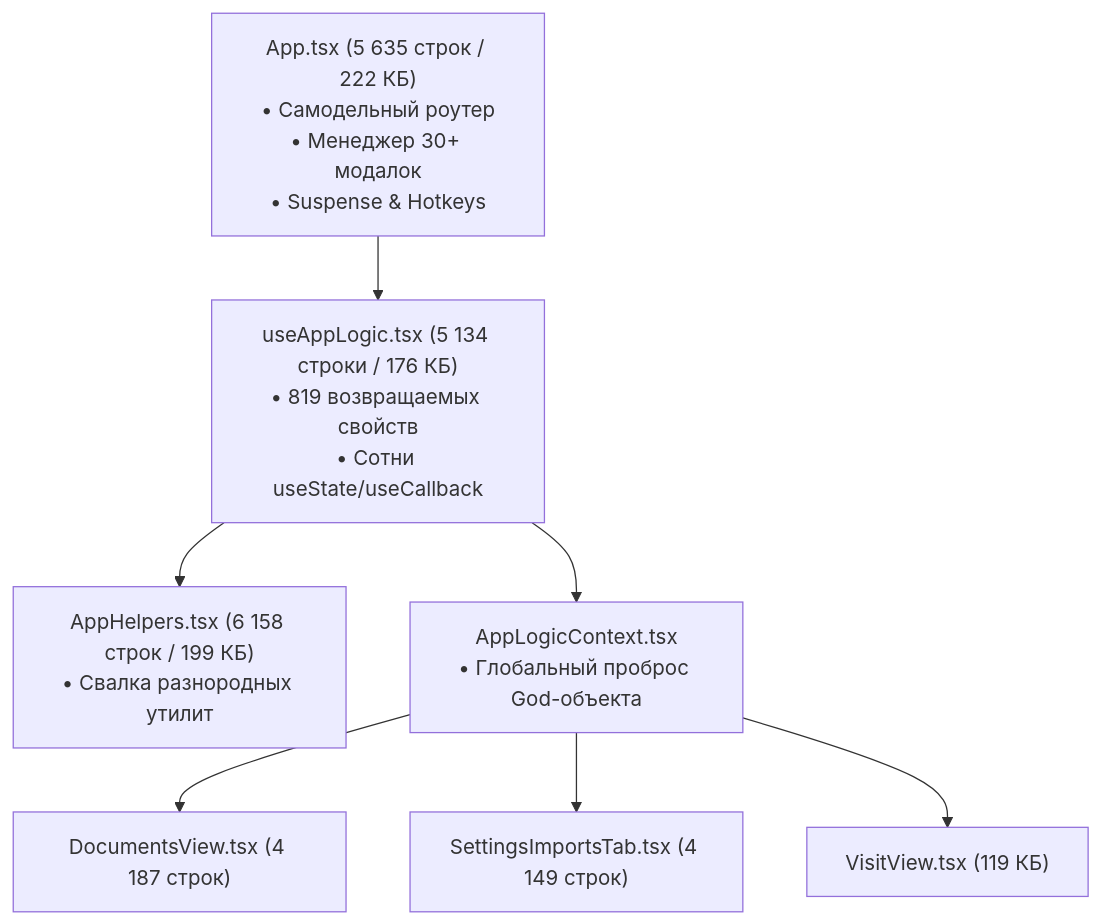
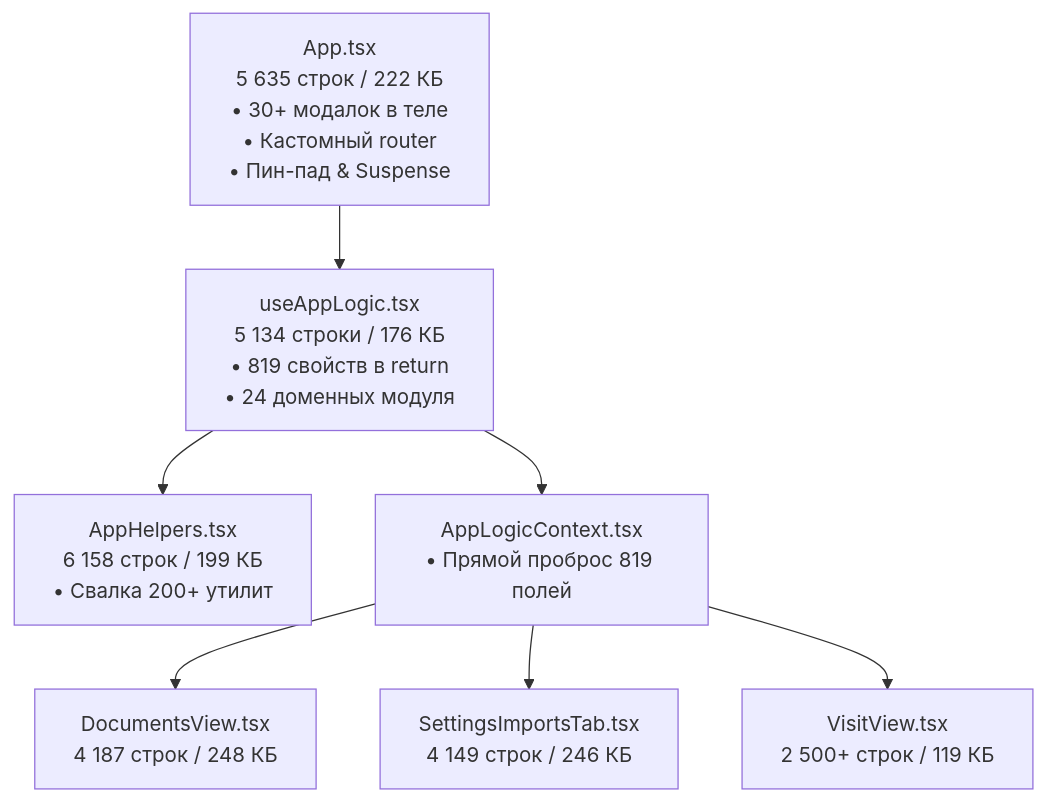
One commit to marko1olo/dental-crm changed the diagram in docs/architecture/SYSTEM_AUDIT_AND_DEBT_SPEC.md. Above: the diagram before and after it, drawn with Mermaid. The commit also changed other lines of this file and 1 other file, not shown here.

First line of the commit message:
docs(architecture): expand architectural audit and granular task specifications

````diff
--- a/docs/architecture/SYSTEM_AUDIT_AND_DEBT_SPEC.md
+++ b/docs/architecture/SYSTEM_AUDIT_AND_DEBT_SPEC.md
@@ -22,9 +22,9 @@
 ```mermaid
 graph TD
-    App["App.tsx (5 635 строк / 222 КБ)<br/>• Самодельный роутер<br/>• Менеджер 30+ модалок<br/>• Suspense & Hotkeys"] --> AppLogic["useAppLogic.tsx (5 134 строки / 176 КБ)<br/>• 819 возвращаемых свойств<br/>• Сотни useState/useCallback"]
-    AppLogic --> AppHelpers["AppHelpers.tsx (6 158 строк / 199 КБ)<br/>• Свалка разнородных утилит"]
-    AppLogic --> Context["AppLogicContext.tsx<br/>• Глобальный проброс God-объекта"]
-    Context --> View1["DocumentsView.tsx (4 187 строк)"]
-    Context --> View2["SettingsImportsTab.tsx (4 149 строк)"]
-    Context --> View3["VisitView.tsx (119 КБ)"]
+    App["App.tsx<br/>5 635 строк / 222 КБ<br/>• 30+ модалок в теле<br/>• Кастомный router<br/>• Пин-пад & Suspense"] --> AppLogic["useAppLogic.tsx<br/>5 134 строки / 176 КБ<br/>• 819 свойств в return<br/>• 24 доменных модуля"]
+    AppLogic --> AppHelpers["AppHelpers.tsx<br/>6 158 строк / 199 КБ<br/>• Свалка 200+ утилит"]
+    AppLogic --> Context["AppLogicContext.tsx<br/>• Прямой проброс 819 полей"]
+    Context --> DocView["DocumentsView.tsx<br/>4 187 строк / 248 КБ"]
+    Context --> ImpTab["SettingsImportsTab.tsx<br/>4 149 строк / 246 КБ"]
+    Context --> VisView["VisitView.tsx<br/>2 500+ строк / 119 КБ"]
 ```
````
